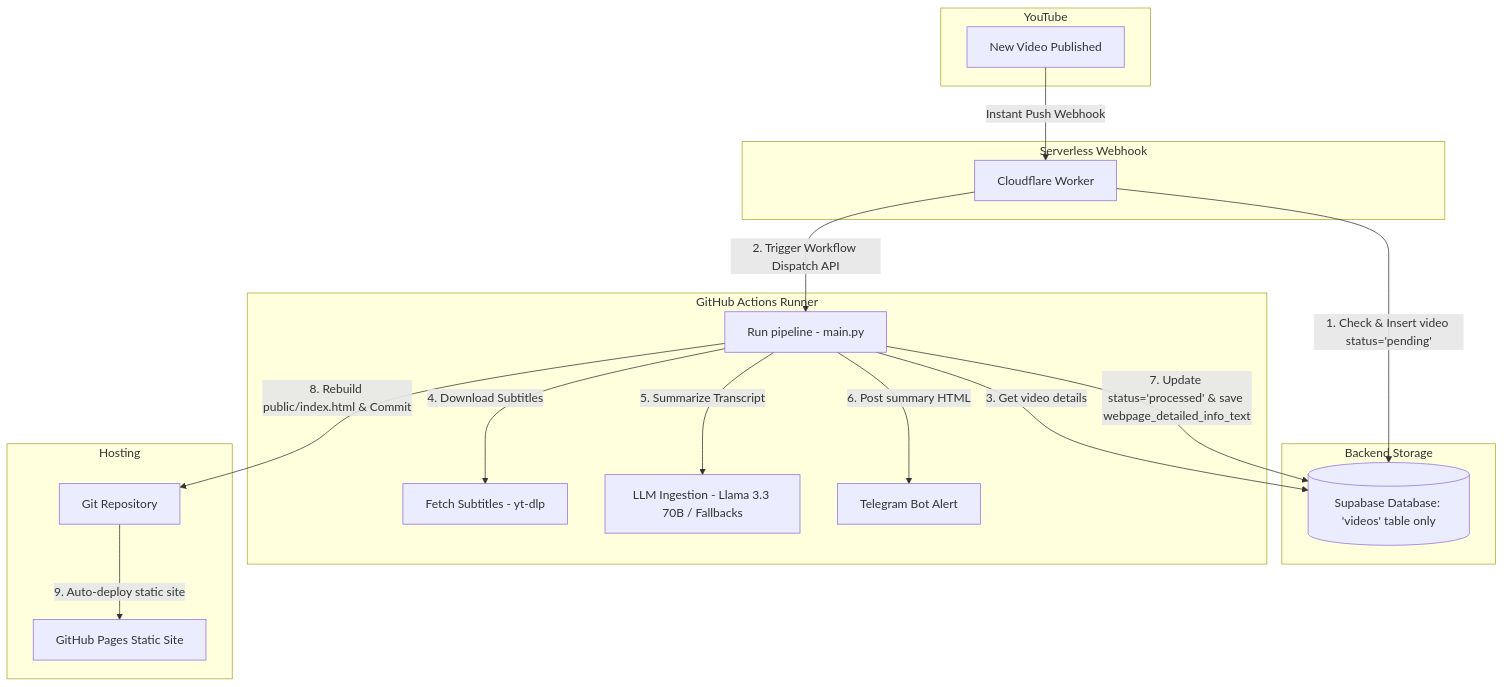
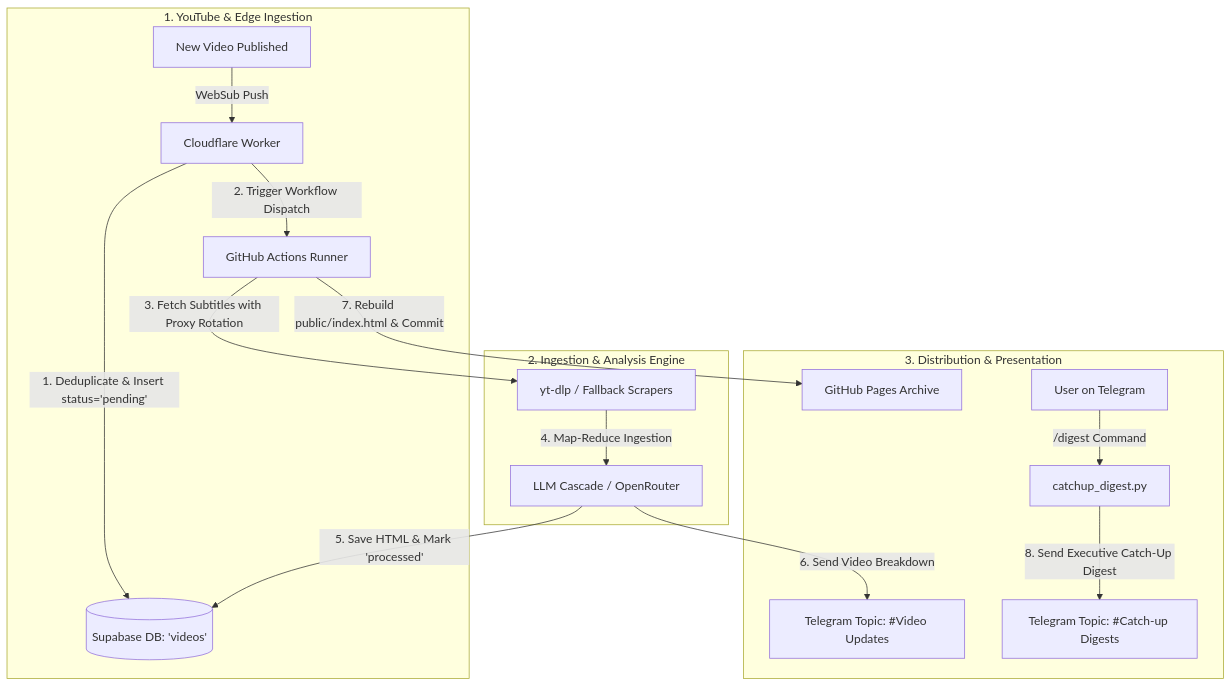
The diagram in README.md (briannoelkesuma/ai_engineer_newsletter), drawn with Mermaid before and after one commit. The commit also changed other lines of this file and 10 other files, not shown here.

Commit message:
feat: add telegram topics, catchup digest, AGENT.md, and documentation

````diff
--- a/README.md
+++ b/README.md
@@ -24,39 +27,21 @@
 ```mermaid
 flowchart TD
-    subgraph YouTube
-        A[New Video Published]
+    subgraph 1. YouTube & Edge Ingestion
+        A[New Video Published] -->|WebSub Push| B[Cloudflare Worker]
+        B -->|1. Deduplicate & Insert status='pending'| C[(Supabase DB: 'videos')]
+        B -->|2. Trigger Workflow Dispatch| D[GitHub Actions Runner]
     end
 
-    subgraph Serverless Webhook
-        B[Cloudflare Worker]
+    subgraph 2. Ingestion & Analysis Engine
+        D -->|3. Fetch Subtitles with Proxy Rotation| E[yt-dlp / Fallback Scrapers]
+        E -->|4. Map-Reduce Ingestion| F[LLM Cascade / OpenRouter]
+        F -->|5. Save HTML & Mark 'processed'| C
     end
 
-    subgraph Backend Storage
-        C[(Supabase Database: 'videos' table only)]
+    subgraph 3. Distribution & Presentation
+        F -->|6. Send Video Breakdown| G[Telegram Topic: #Video Updates]
+        D -->|7. Rebuild public/index.html & Commit| H[GitHub Pages Archive]
+        USER[User on Telegram] -->|/digest Command| I[catchup_digest.py]
+        I -->|8. Send Executive Catch-Up Digest| J[Telegram Topic: #Catch-up Digests]
     end
-
-    subgraph Automation Runner [GitHub Actions Runner]
-        D[Run pipeline - main.py]
-        E[Fetch Subtitles - yt-dlp]
-        F[LLM Ingestion - Llama 3.3 70B / Fallbacks]
-        G[Telegram Bot Alert]
-    end
-
-    subgraph Hosting
-        H[Git Repository]
-        I[GitHub Pages Static Site]
-    end
-
-    A -->|Instant Push Webhook| B
-    B -->|1. Check & Insert video status='pending'| C
-    B -->|2. Trigger Workflow Dispatch API| D
-    
-    D -->|3. Get video details| C
-    D -->|4. Download Subtitles| E
-    D -->|5. Summarize Transcript| F
-    D -->|6. Post summary HTML| G
-    D -->|7. Update status='processed' & save webpage_detailed_info_text| C
-    D -->|8. Rebuild public/index.html & Commit| H
-    
-    H -->|9. Auto-deploy static site| I
 ```
````
